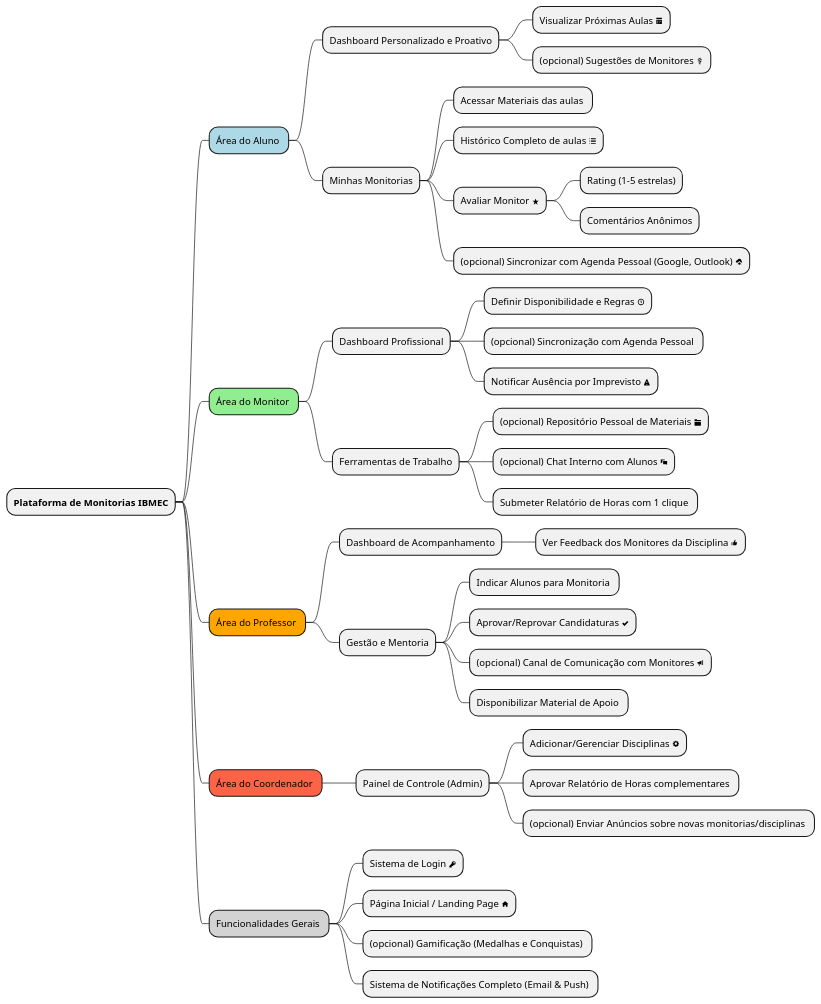
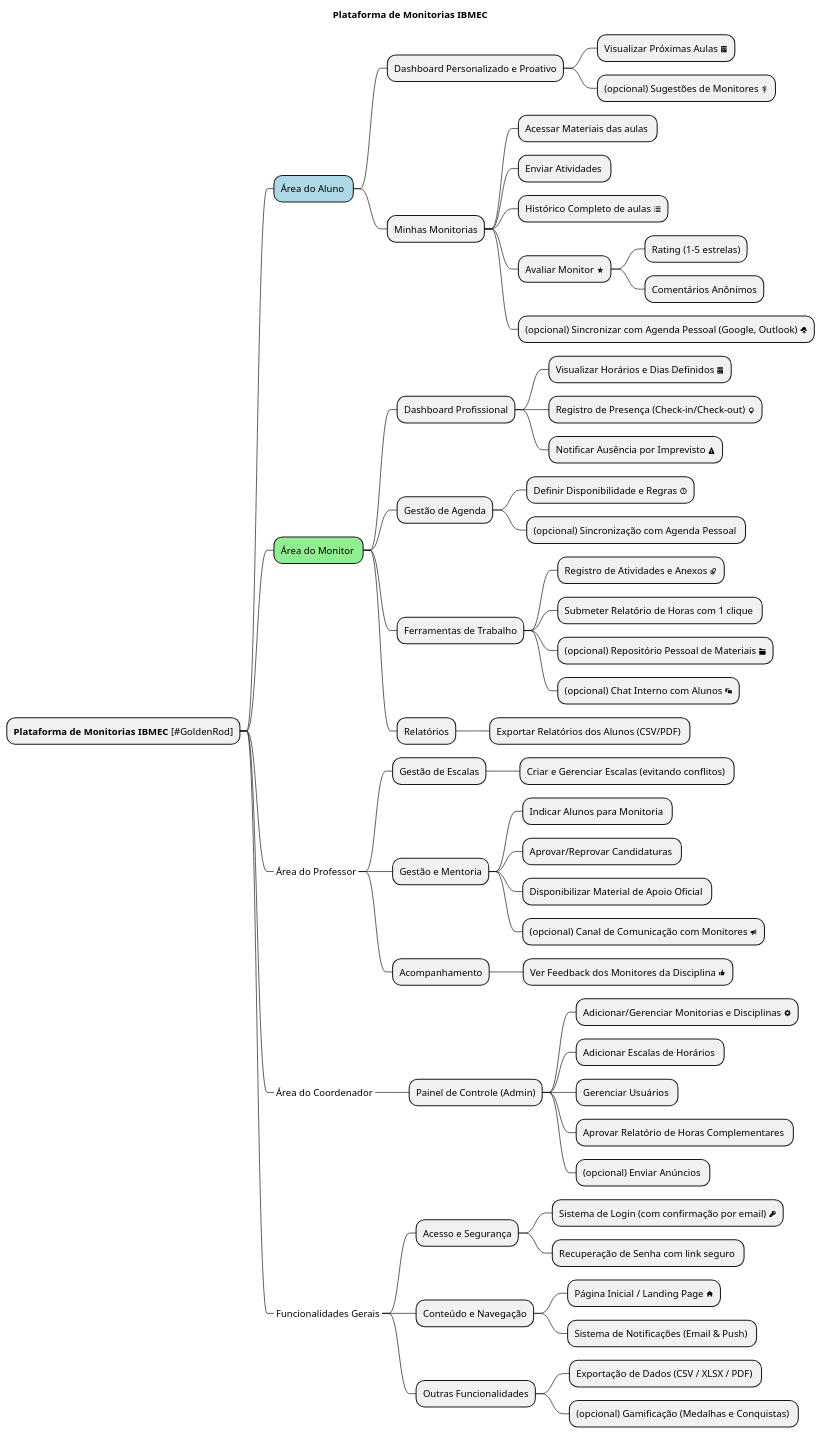
The diagram in docs/Iniciacao/mapa_mental.puml (Projetos-de-Extensao/PBE_25.2_8001_IV), drawn with PlantUML before and after one commit. The commit also changed 1 other file, not shown here.

Commit message:
Adicionando o mapa mental

```diff
--- a/docs/Iniciacao/mapa_mental.puml
+++ b/docs/Iniciacao/mapa_mental.puml
@@ -1,74 +1,90 @@
-@startmindmap Mapa_Mental_Monitoria
+@startmindmap SistemaDeMonitoriasIBMEC
 ' Mapa Mental da Visão de Produto Idealizada
 ' Sistema de Gestão de Monitorias IBMEC
-' Versão: 2.0 (Completa)
-' Ferramenta: PlantUML (https://plantuml.com)
+' Versão Final
+title Plataforma de Monitorias IBMEC
 
 <style>
 mindmapDiagram {
   .green {
     BackgroundColor lightgreen
   }
   .blue {
     BackgroundColor lightblue
   }
   .orange {
     BackgroundColor orange
   }
   .red {
     BackgroundColor tomato
   }
   .grey {
     BackgroundColor lightgrey
   }
 }
 </style>
 
-* **Plataforma de Monitorias IBMEC**
+* **Plataforma de Monitorias IBMEC** [#GoldenRod]
 
 ' Lado Direito do Mapa
 ** Área do Aluno <<blue>>
 *** Dashboard Personalizado e Proativo
 **** Visualizar Próximas Aulas <&calendar>
 **** (opcional) Sugestões de Monitores <&lightbulb>
 *** Minhas Monitorias
 **** Acessar Materiais das aulas <&download>
+**** Enviar Atividades <&upload>
 **** Histórico Completo de aulas <&list>
 **** Avaliar Monitor <&star>
 ***** Rating (1-5 estrelas)
 ***** Comentários Anônimos
 **** (opcional) Sincronizar com Agenda Pessoal (Google, Outlook) <&cloud-upload>
 
 ** Área do Monitor <<green>>
 *** Dashboard Profissional
+**** Visualizar Horários e Dias Definidos <&calendar>
+**** Registro de Presença (Check-in/Check-out) <&map-marker>
+**** Notificar Ausência por Imprevisto <&warning>
+*** Gestão de Agenda
 **** Definir Disponibilidade e Regras <&clock>
 **** (opcional) Sincronização com Agenda Pessoal <&sync>
-**** Notificar Ausência por Imprevisto <&warning>
 *** Ferramentas de Trabalho
+**** Registro de Atividades e Anexos <&paperclip>
+**** Submeter Relatório de Horas com 1 clique <&send>
 **** (opcional) Repositório Pessoal de Materiais <&folder>
 **** (opcional) Chat Interno com Alunos <&chat>
-**** Submeter Relatório de Horas com 1 clique <&send>
+*** Relatórios
+**** Exportar Relatórios dos Alunos (CSV/PDF) <&file-pdf>
 
 ' Lado Esquerdo do Mapa
-** Área do Professor <<orange>>
-*** Dashboard de Acompanhamento
-**** Ver Feedback dos Monitores da Disciplina <&thumb-up>
+**_ Área do Professor <<orange>>
+*** Gestão de Escalas
+**** Criar e Gerenciar Escalas (evitando conflitos) <&calendar-alt>
 *** Gestão e Mentoria
 **** Indicar Alunos para Monitoria <&user-plus>
-**** Aprovar/Reprovar Candidaturas <&check>
+**** Aprovar/Reprovar Candidaturas <&check-square>
+**** Disponibilizar Material de Apoio Oficial <&file-plus>
 **** (opcional) Canal de Comunicação com Monitores <&bullhorn>
-**** Disponibilizar Material de Apoio <&file-plus>
+*** Acompanhamento
+**** Ver Feedback dos Monitores da Disciplina <&thumb-up>
 
-** Área do Coordenador <<red>>
+**_ Área do Coordenador <<red>>
 *** Painel de Controle (Admin)
-**** Adicionar/Gerenciar Disciplinas <&cog>
-**** Aprovar Relatório de Horas complementares <&money-bill-wave>
-**** (opcional) Enviar Anúncios sobre novas monitorias/disciplinas <&broadcast-tower>
+**** Adicionar/Gerenciar Monitorias e Disciplinas <&cog>
+**** Adicionar Escalas de Horários <&calendar-plus>
+**** Gerenciar Usuários <&users-cog>
+**** Aprovar Relatório de Horas Complementares <&money-bill-wave>
+**** (opcional) Enviar Anúncios <&broadcast-tower>
 
-** Funcionalidades Gerais <<grey>>
-*** Sistema de Login <&key>
-*** Página Inicial / Landing Page <&home>
-*** (opcional) Gamificação (Medalhas e Conquistas) <&trophy>
-*** Sistema de Notificações Completo (Email & Push) <&envelope>
+**_ Funcionalidades Gerais <<grey>>
+*** Acesso e Segurança
+**** Sistema de Login (com confirmação por email) <&key>
+**** Recuperação de Senha com link seguro <&lock>
+*** Conteúdo e Navegação
+**** Página Inicial / Landing Page <&home>
+**** Sistema de Notificações (Email & Push) <&envelope>
+*** Outras Funcionalidades
+**** Exportação de Dados (CSV / XLSX / PDF) <&file-export>
+**** (opcional) Gamificação (Medalhas e Conquistas) <&trophy>
 
-@endmadmap
+@endmindmap
```
